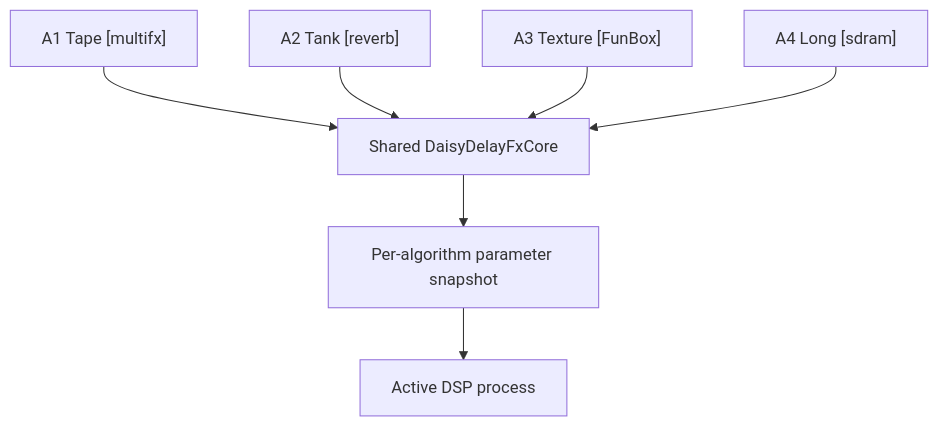
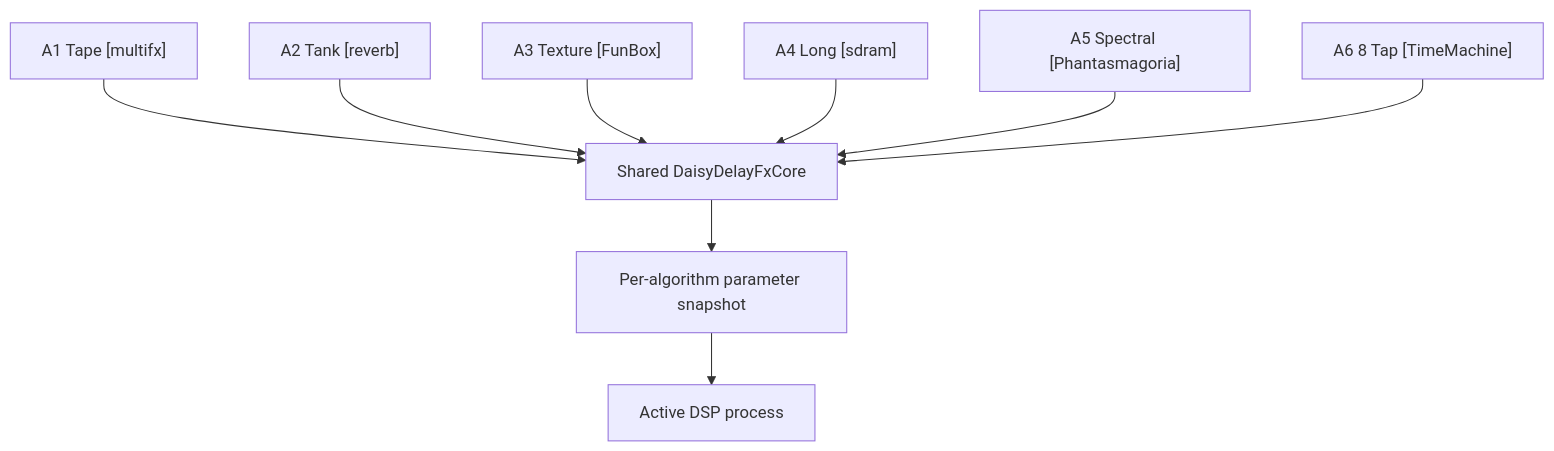
Before and after one commit to Denys/DaisyExamples: the second of 5 diagrams in MyProjects/_projects/Field_delay_bundle/CONTROLS.md, drawn with Mermaid. The commit also changed other lines of this file and 97 other files, not shown here.

````diff
--- a/MyProjects/_projects/Field_delay_bundle/CONTROLS.md
+++ b/MyProjects/_projects/Field_delay_bundle/CONTROLS.md
@@ -30,9 +32,11 @@
 ```mermaid
 flowchart TD
     A1["A1 Tape [multifx]"] --> CORE["Shared DaisyDelayFxCore"]
     A2["A2 Tank [reverb]"] --> CORE
     A3["A3 Texture [FunBox]"] --> CORE
     A4["A4 Long [sdram]"] --> CORE
+    A5["A5 Spectral [Phantasmagoria]"] --> CORE
+    A6["A6 8 Tap [TimeMachine]"] --> CORE
     CORE --> SNAP["Per-algorithm parameter snapshot"]
     SNAP --> DSP["Active DSP process"]
 ```
````
